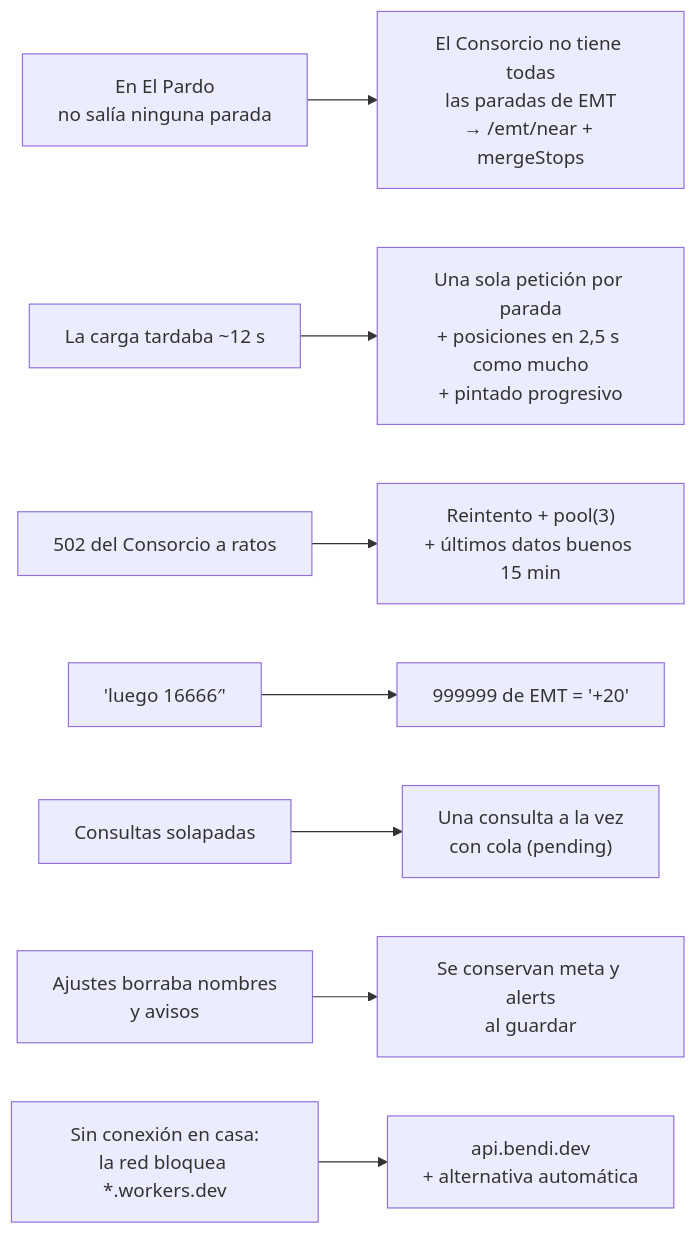
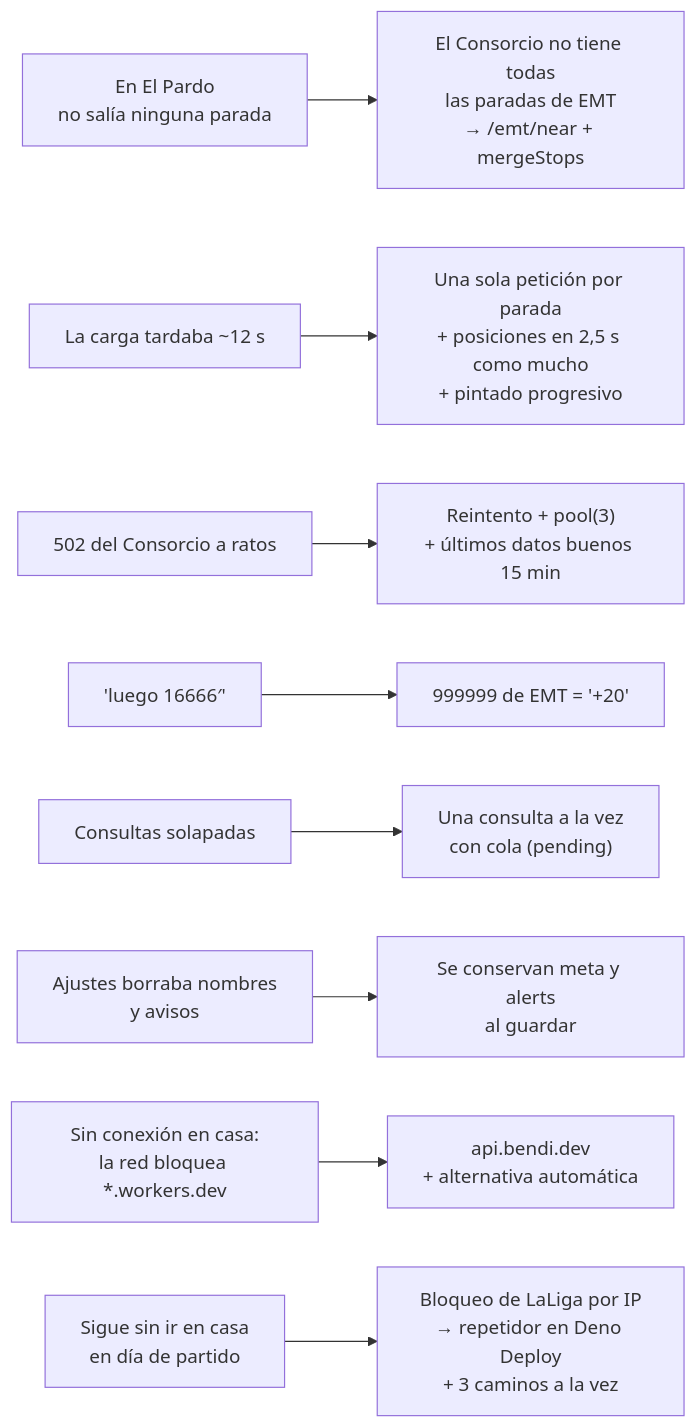
Diagram 32 of 32 in docs/REFERENCIA.md (serbenda/marquesina), drawn with Mermaid before and after one commit. The commit also changed other lines of this file and 13 other files, not shown here.

````diff
--- a/docs/REFERENCIA.md
+++ b/docs/REFERENCIA.md
@@ -882,10 +931,11 @@
 ```mermaid
 flowchart LR
   P1["En El Pardo<br/>no salía ninguna parada"] --> S1["El Consorcio no tiene todas<br/>las paradas de EMT<br/>→ /emt/near + mergeStops"]
   P2["La carga tardaba ~12 s"] --> S2["Una sola petición por parada<br/>+ posiciones en 2,5 s como mucho<br/>+ pintado progresivo"]
   P3["502 del Consorcio a ratos"] --> S3["Reintento + pool(3)<br/>+ últimos datos buenos 15 min"]
   P4["'luego 16666′'"] --> S4["999999 de EMT = '+20'"]
   P5["Consultas solapadas"] --> S5["Una consulta a la vez<br/>con cola (pending)"]
   P6["Ajustes borraba nombres<br/>y avisos"] --> S6["Se conservan meta y alerts<br/>al guardar"]
   P7["Sin conexión en casa:<br/>la red bloquea *.workers.dev"] --> S7["api.bendi.dev<br/>+ alternativa automática"]
+  P8["Sigue sin ir en casa<br/>en día de partido"] --> S8["Bloqueo de LaLiga por IP<br/>→ repetidor en Deno Deploy<br/>+ 3 caminos a la vez"]
 ```
````
